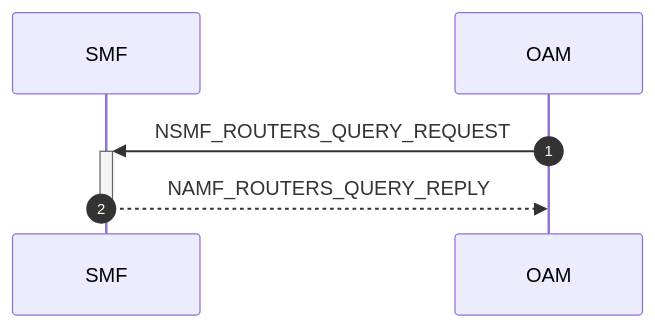
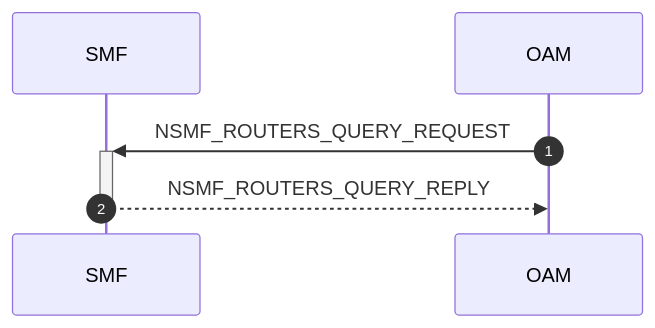
Diagram 21 of 21 in doc/doc-spec/00-series-general/00.002-procedure.md (veil-link/veilink), drawn with Mermaid before and after one commit.

````diff
--- a/doc/doc-spec/00-series-general/00.002-procedure.md
+++ b/doc/doc-spec/00-series-general/00.002-procedure.md
@@ -436,10 +436,10 @@
 ```mermaid
 sequenceDiagram
     autonumber
 
     participant smf as SMF
     participant oam as OAM
 
     oam ->>+ smf: NSMF_ROUTERS_QUERY_REQUEST
-    smf -->>- oam: NAMF_ROUTERS_QUERY_REPLY
+    smf -->>- oam: NSMF_ROUTERS_QUERY_REPLY
 ```
````
